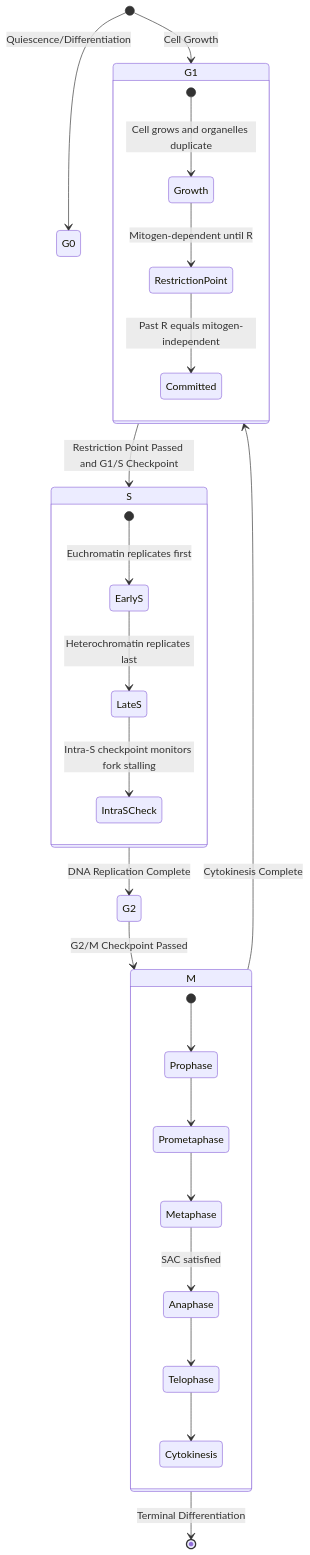
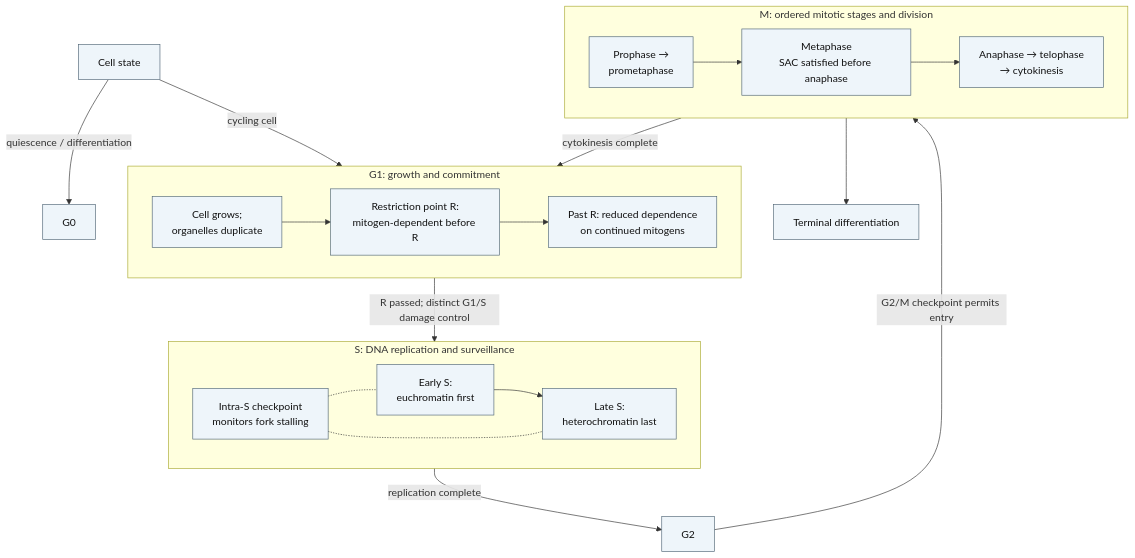
The third of 4 diagrams in docs/manuscript/unit_IV/dna_replication_and_cell_cycle.md (docxology/biology_textbook), drawn with Mermaid before and after one commit. The commit also changed other lines of this file and 41 other files, not shown here.

````diff
--- a/docs/manuscript/unit_IV/dna_replication_and_cell_cycle.md
+++ b/docs/manuscript/unit_IV/dna_replication_and_cell_cycle.md
@@ -373,31 +393,32 @@
 ```mermaid
-stateDiagram-v2
-    [*] --> G0: Quiescence/Differentiation
-    [*] --> G1: Cell Growth
-    G1 --> S: Restriction Point Passed and G1/S Checkpoint
-    S --> G2: DNA Replication Complete
-    G2 --> M: G2/M Checkpoint Passed
-    M --> G1: Cytokinesis Complete
-    M --> [*]: Terminal Differentiation
-
-    state G1 {
-        [*] --> Growth: Cell grows and organelles duplicate
-        Growth --> RestrictionPoint: Mitogen-dependent until R
-        RestrictionPoint --> Committed: Past R equals mitogen-independent
-    }
-
-    state S {
-        [*] --> EarlyS: Euchromatin replicates first
-        EarlyS --> LateS: Heterochromatin replicates last
-        LateS --> IntraSCheck: Intra-S checkpoint monitors fork stalling
-    }
-
-    state M {
-        [*] --> Prophase
-        Prophase --> Prometaphase
-        Prometaphase --> Metaphase
-        Metaphase --> Anaphase: SAC satisfied
-        Anaphase --> Telophase
-        Telophase --> Cytokinesis
-    }
+---
+config:
+  layout: dagre
+---
+flowchart TB
+    Entry["Cell state"] -->|quiescence / differentiation| G0["G0"]
+    Entry -->|cycling cell| G1
+    subgraph G1["G1: growth and commitment"]
+        direction LR
+        Growth["Cell grows;<br/>organelles duplicate"] --> R["Restriction point R:<br/>mitogen-dependent before R"]
+        R --> Committed["Past R: reduced dependence<br/>on continued mitogens"]
+    end
+    subgraph S["S: DNA replication and surveillance"]
+        direction LR
+        Early["Early S:<br/>euchromatin first"] --> Late["Late S:<br/>heterochromatin last"]
+        Check["Intra-S checkpoint<br/>monitors fork stalling"] -.- Early
+        Check -.- Late
+    end
+    G1 -->|R passed; distinct G1/S damage control| S
+    S -->|replication complete| G2["G2"]
+    subgraph M["M: ordered mitotic stages and division"]
+        direction LR
+        Pro["Prophase →<br/>prometaphase"] --> Meta["Metaphase<br/>SAC satisfied before anaphase"]
+        Meta --> Ana["Anaphase → telophase<br/>→ cytokinesis"]
+    end
+    G2 -->|G2/M checkpoint permits entry| M
+    M -->|cytokinesis complete| G1
+    M --> Exit["Terminal differentiation"]
+    classDef ink fill:#eef5fa,stroke:#526777,color:#111111
+    class Entry,G0,Growth,R,Committed,Early,Late,Check,G2,Pro,Meta,Ana,Exit ink
 ```
````
